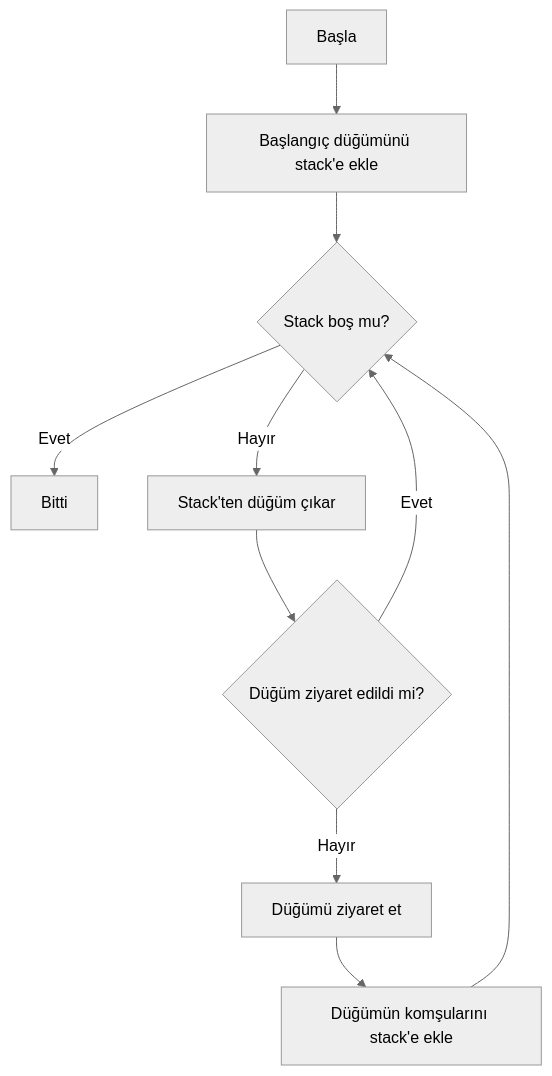
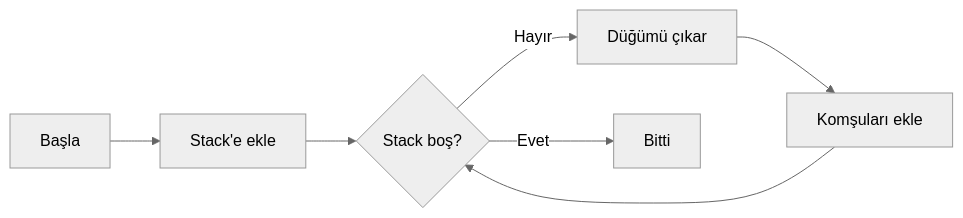
Before and after one commit to EmirKaraman24/LabProje-II: the second of 4 diagrams in README.md, drawn with Mermaid (neutral theme). The commit also changed other lines of this file and 6 other files, not shown here.

````diff
--- a/README.md
+++ b/README.md
@@ -66,12 +173,9 @@
 ```mermaid
-flowchart TD
-    A[Başla] --> B[Başlangıç düğümünü stack'e ekle]
-    B --> C{Stack boş mu?}
-    C -->|Evet| D[Bitti]
-    C -->|Hayır| E[Stack'ten düğüm çıkar]
-    E --> F{Düğüm ziyaret edildi mi?}
-    F -->|Hayır| G[Düğümü ziyaret et]
-    G --> H[Düğümün komşularını stack'e ekle]
-    H --> C
-    F -->|Evet| C
+flowchart LR
+    A[Başla] --> B[Stack'e ekle]
+    B --> C{Stack boş?}
+    C -->|Hayır| D[Düğümü çıkar]
+    D --> E[Komşuları ekle]
+    E --> C
+    C -->|Evet| F[Bitti]
 ```
````
